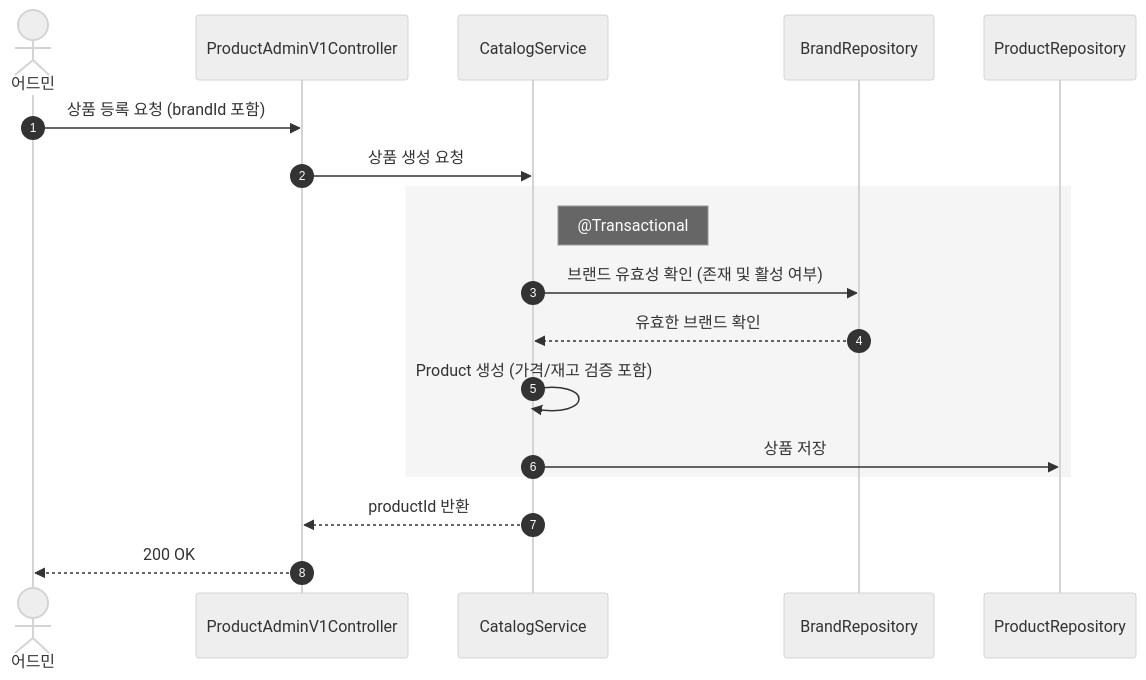
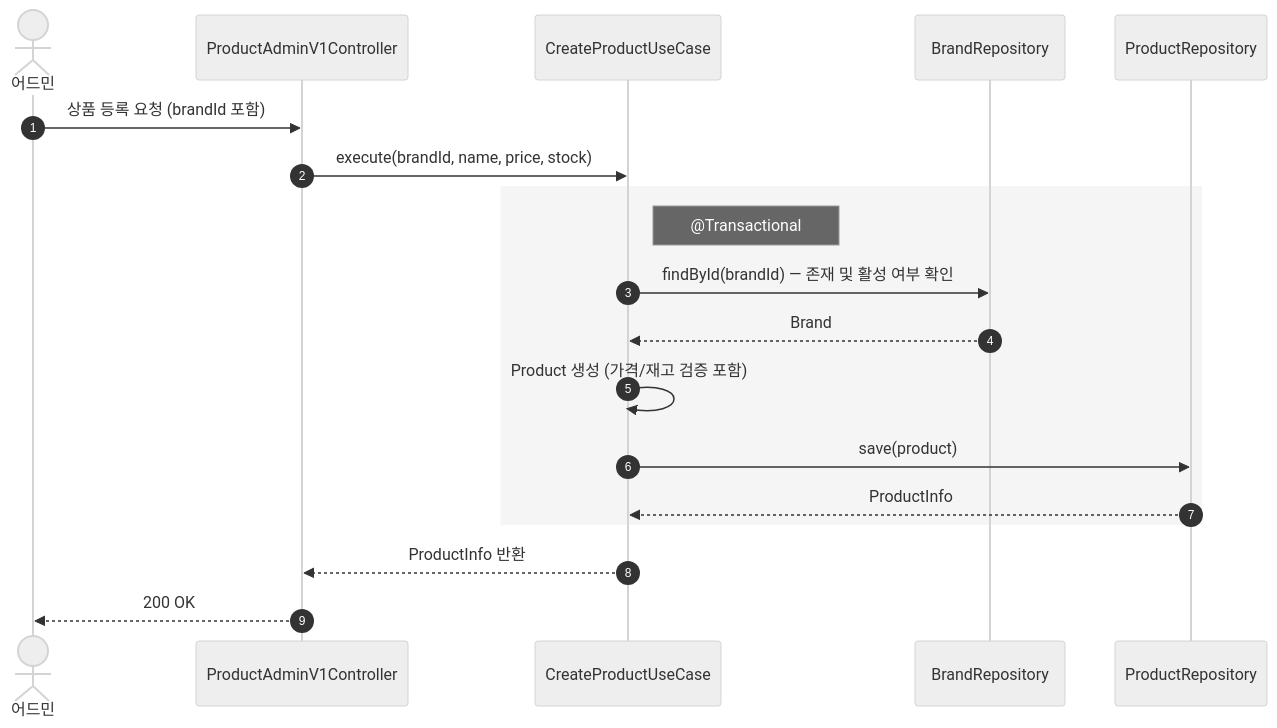
Diagram 12 of 26 in docs/design/02-sequence-diagrams.md (Loopers-dev-lab/loop-pack-be-l2-vol3-kotlin), drawn with Mermaid (neutral theme) before and after one commit. The commit also changed other lines of this file and 6 other files, not shown here.

First line of the commit message:
docs: 설계 문서 최신화 — Facade/Service → UseCase 패턴 반영

````diff
--- a/docs/design/02-sequence-diagrams.md
+++ b/docs/design/02-sequence-diagrams.md
@@ -314,22 +321,23 @@
 ```mermaid
 sequenceDiagram
     autonumber
     actor Admin as 어드민
     participant C as ProductAdminV1Controller
-    participant S as CatalogService
+    participant UC as CreateProductUseCase
     participant BR as BrandRepository
     participant PR as ProductRepository
     Admin ->> C: 상품 등록 요청 (brandId 포함)
-    C ->> S: 상품 생성 요청
+    C ->> UC: execute(brandId, name, price, stock)
 
     rect rgb(245, 245, 245)
-        Note right of S: @Transactional
-        S ->> BR: 브랜드 유효성 확인 (존재 및 활성 여부)
-        BR -->> S: 유효한 브랜드 확인
-        S ->> S: Product 생성 (가격/재고 검증 포함)
-        S ->> PR: 상품 저장
+        Note right of UC: @Transactional
+        UC ->> BR: findById(brandId) — 존재 및 활성 여부 확인
+        BR -->> UC: Brand
+        UC ->> UC: Product 생성 (가격/재고 검증 포함)
+        UC ->> PR: save(product)
+        PR -->> UC: ProductInfo
     end
 
-    S -->> C: productId 반환
+    UC -->> C: ProductInfo 반환
     C -->> Admin: 200 OK
 ```
````
